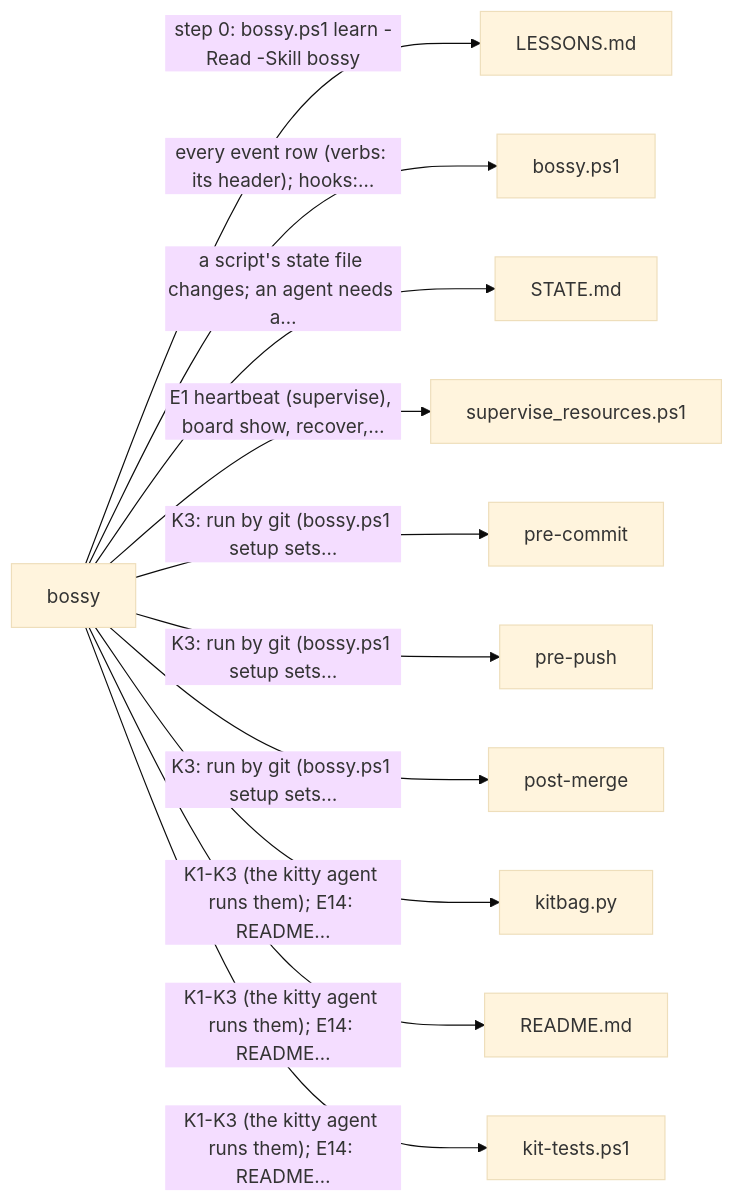
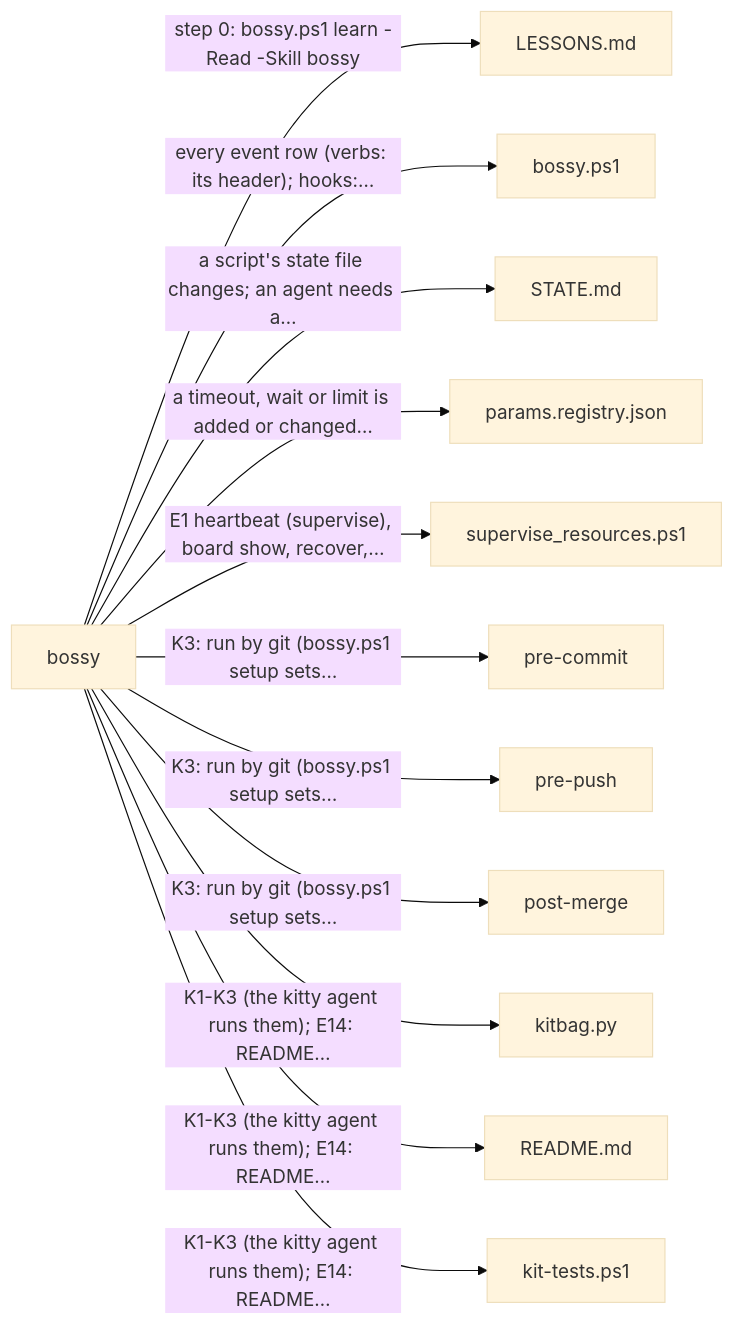
Before and after one commit to prskid1000/claude-crew: the fourth of 6 diagrams in README.md, drawn with Mermaid (base theme). The commit also changed other lines of this file and 15 other files, not shown here.

First line of the commit message:
feat(params): registry, learn triggers, sketches, sweep cost, log trim

````diff
--- a/README.md
+++ b/README.md
@@ -367,14 +368,15 @@
 ```mermaid
 flowchart LR
   skills_bossy_SKILL_md["bossy"]
   skills_bossy_SKILL_md -->|"step 0: bossy.ps1 learn -Read -Skill bossy"| LESSONS_md["LESSONS.md"]
   skills_bossy_SKILL_md -->|"every event row (verbs: its header); hooks:…"| skills_bossy_bossy_ps1["bossy.ps1"]
   skills_bossy_SKILL_md -->|"a script's state file changes; an agent needs a…"| skills_bossy_STATE_md["STATE.md"]
+  skills_bossy_SKILL_md -->|"a timeout, wait or limit is added or changed…"| skills_bossy_params_registry_json["params.registry.json"]
   skills_bossy_SKILL_md -->|"E1 heartbeat (supervise), board show, recover,…"| skills_bossy_adapters_supervise_resources_ps1["supervise_resources.ps1"]
   skills_bossy_SKILL_md -->|"K3: run by git (bossy.ps1 setup sets…"| _githooks_pre_commit["pre-commit"]
   skills_bossy_SKILL_md -->|"K3: run by git (bossy.ps1 setup sets…"| _githooks_pre_push["pre-push"]
   skills_bossy_SKILL_md -->|"K3: run by git (bossy.ps1 setup sets…"| _githooks_post_merge["post-merge"]
   skills_bossy_SKILL_md -->|"K1-K3 (the kitty agent runs them); E14: README…"| skills_bossy_kitbag_py["kitbag.py"]
   skills_bossy_SKILL_md -->|"K1-K3 (the kitty agent runs them); E14: README…"| README_md["README.md"]
   skills_bossy_SKILL_md -->|"K1-K3 (the kitty agent runs them); E14: README…"| tests_kit_tests_ps1["kit-tests.ps1"]
 ```
````
